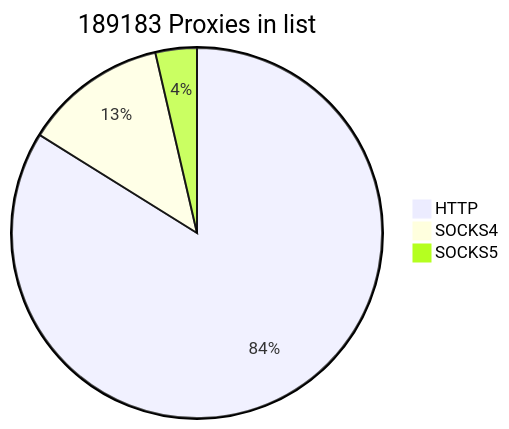
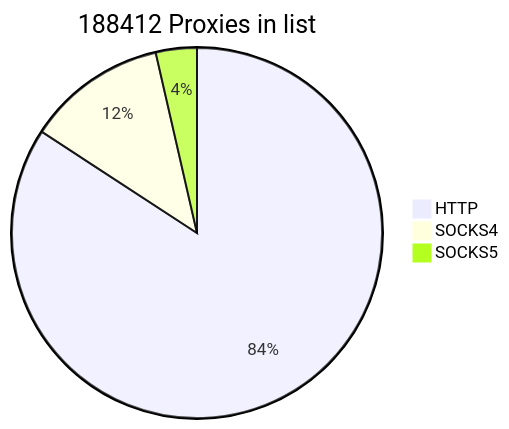
Before and after one commit to cutipu/proxylist: the first of 2 diagrams in README.md, drawn with Mermaid. The commit also changed other lines of this file, not shown here.

````diff
--- a/README.md
+++ b/README.md
@@ -2,7 +2,7 @@
 ```mermaid
-pie title 189183 Proxies in list
-    "HTTP" : 158668
-    "SOCKS4" : 23672
-    "SOCKS5" : 6843
+pie title 188412 Proxies in list
+    "HTTP" : 158640
+    "SOCKS4" : 23021
+    "SOCKS5" : 6751
             
 ```
````
